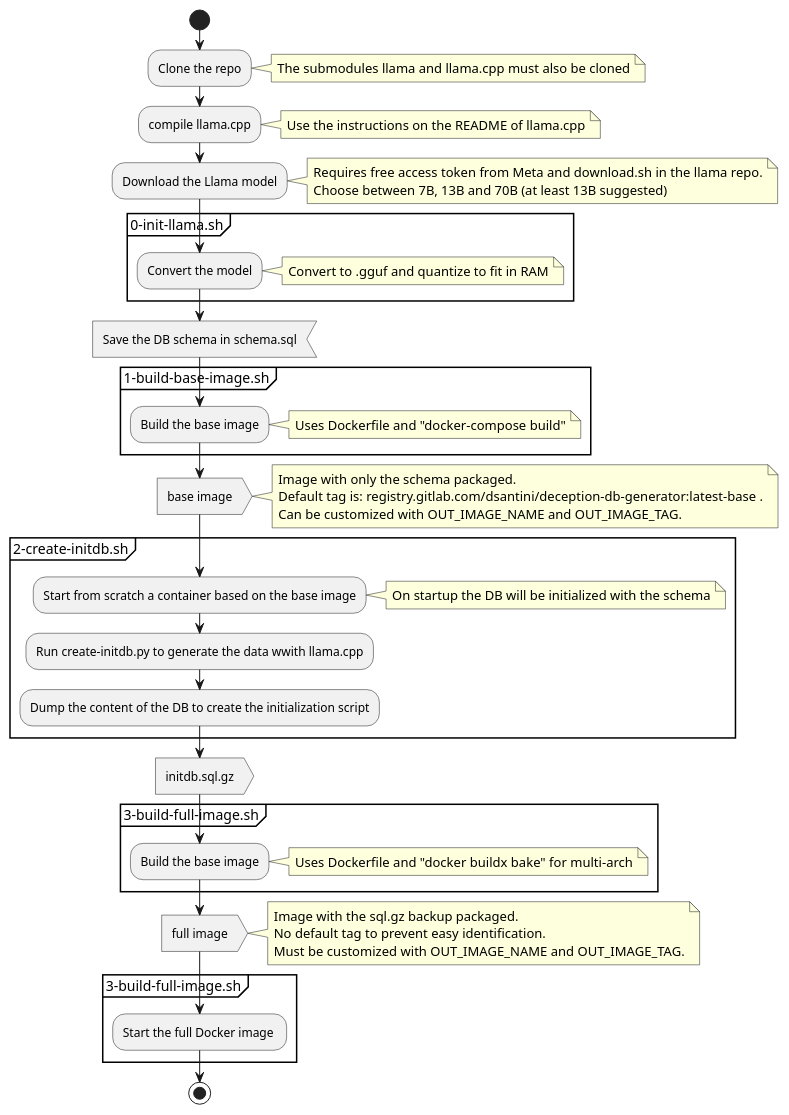
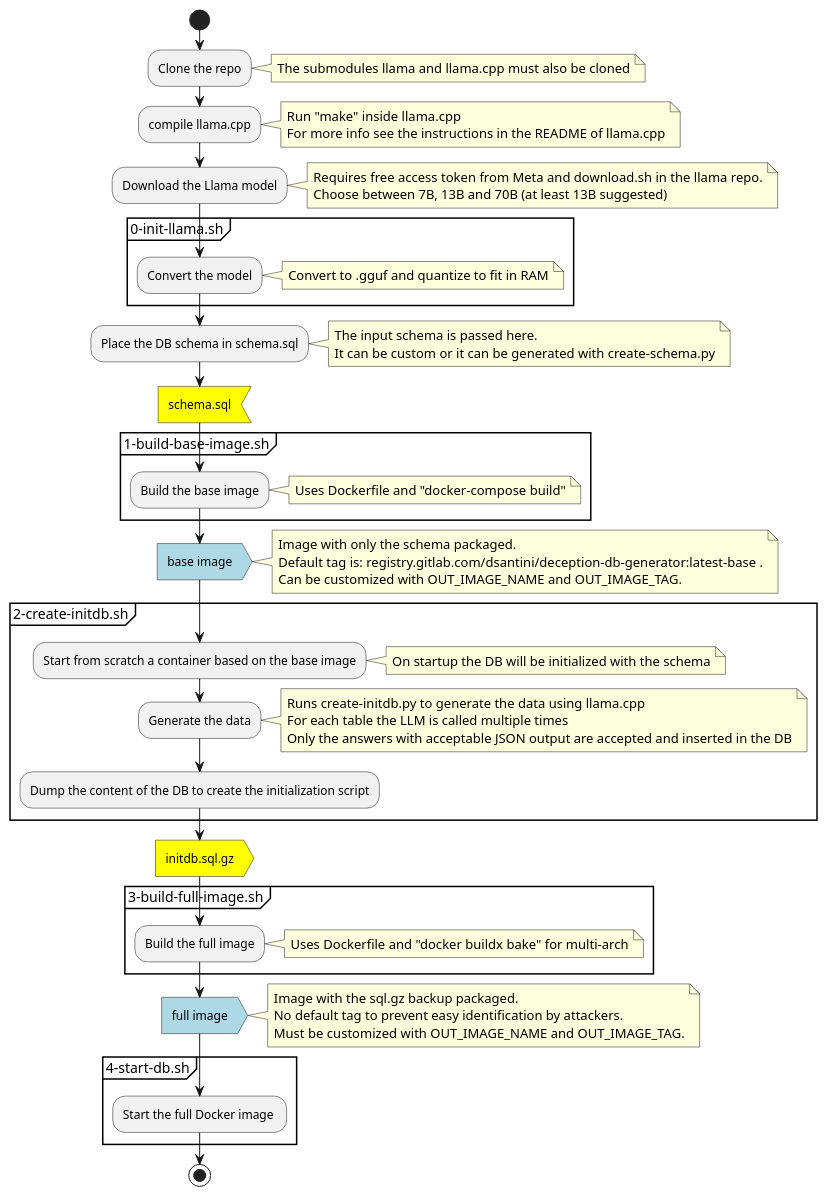
Before and after one commit to Danysan1/deception_db_generator: the diagram in diagram.plantuml, drawn with PlantUML. The commit also changed 7 other files, not shown here.

Commit message:
Complete diagram and report

```diff
--- a/diagram.plantuml
+++ b/diagram.plantuml
@@ -1,49 +1,62 @@
 @startuml deception_db_generator
 start
 :Clone the repo;
 note right: The submodules llama and llama.cpp must also be cloned
 :compile llama.cpp;
-note right: Use the instructions on the README of llama.cpp
+note right
+    Run "make" inside llama.cpp
+    For more info see the instructions in the README of llama.cpp
+end note
 :Download the Llama model;
 note right
   Requires free access token from Meta and download.sh in the llama repo.
   Choose between 7B, 13B and 70B (at least 13B suggested)
 end note
 partition "0-init-llama.sh" {
     :Convert the model;
     note right: Convert to .gguf and quantize to fit in RAM
 }
-:Save the DB schema in schema.sql; <<input>>
+:Place the DB schema in schema.sql;
+note right
+    The input schema is passed here.
+    It can be custom or it can be generated with create-schema.py
+end note
+#yellow:schema.sql; <<input>>
 partition "1-build-base-image.sh" {
     :Build the base image;
     note right: Uses Dockerfile and "docker-compose build"
 }
-:base image; <<output>>
+#lightblue:base image; <<output>>
 note right
     Image with only the schema packaged.
     Default tag is: registry.gitlab.com/dsantini/deception-db-generator:latest-base .
     Can be customized with OUT_IMAGE_NAME and OUT_IMAGE_TAG.
 end note
 partition "2-create-initdb.sh" {
     :Start from scratch a container based on the base image;
     note right: On startup the DB will be initialized with the schema
-    :Run create-initdb.py to generate the data wwith llama.cpp;
+    :Generate the data;
+    note right
+        Runs create-initdb.py to generate the data using llama.cpp
+        For each table the LLM is called multiple times
+        Only the answers with acceptable JSON output are accepted and inserted in the DB
+    end note
     :Dump the content of the DB to create the initialization script;
 }
-:initdb.sql.gz; <<output>>
+#yellow:initdb.sql.gz; <<output>>
 partition "3-build-full-image.sh" {
-    :Build the base image;
+    :Build the full image;
     note right: Uses Dockerfile and "docker buildx bake" for multi-arch
 }
-:full image; <<output>>
+#lightblue:full image; <<output>>
 note right
     Image with the sql.gz backup packaged.
-    No default tag to prevent easy identification.
+    No default tag to prevent easy identification by attackers.
     Must be customized with OUT_IMAGE_NAME and OUT_IMAGE_TAG.
 end note
-partition "3-build-full-image.sh" {
+partition "4-start-db.sh" {
     :Start the full Docker image ;
 }
 
 stop
 @enduml
```
